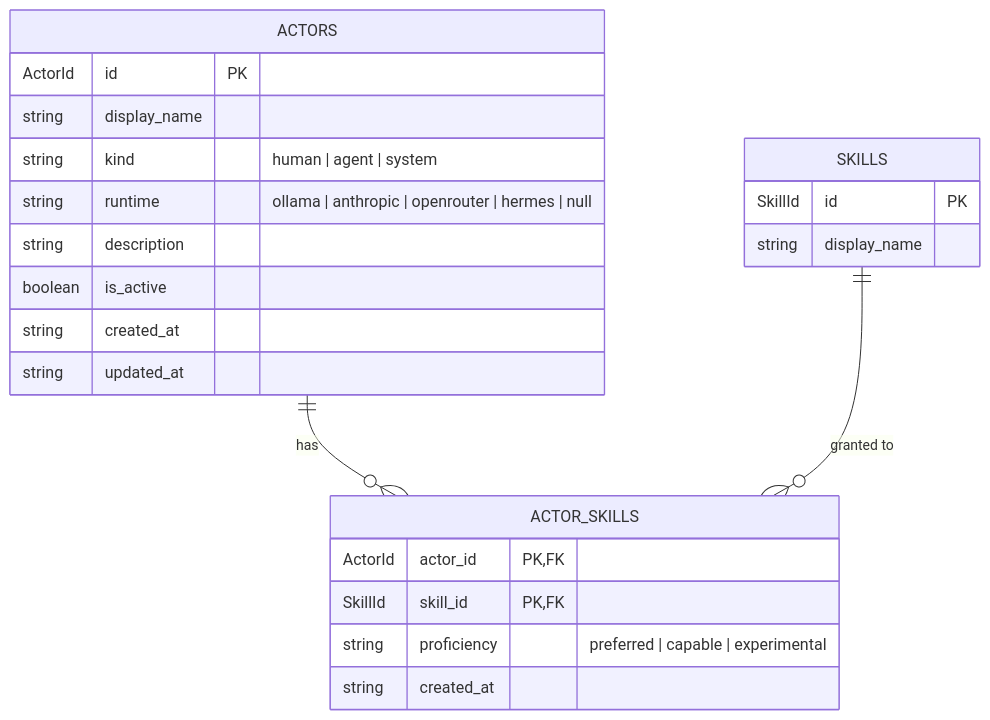
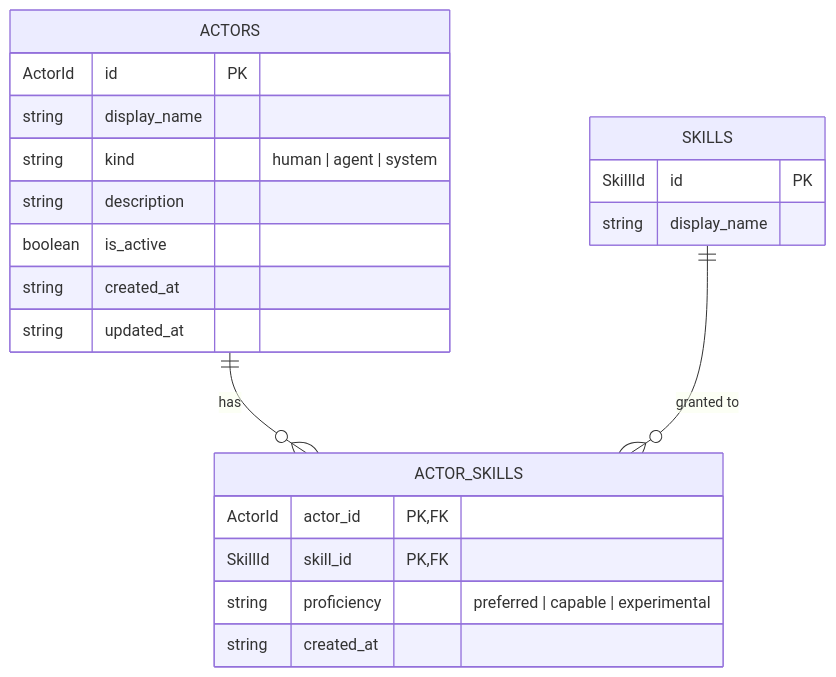
The diagram in src/app/domain/actors/README.md (marvinbarretto/jimbo-dashboard), drawn with Mermaid before and after one commit. The commit also changed other lines of this file and 13 other files, not shown here.

````diff
--- a/src/app/domain/actors/README.md
+++ b/src/app/domain/actors/README.md
@@ -42,26 +43,25 @@
 ```mermaid
 erDiagram
     ACTORS ||--o{ ACTOR_SKILLS : "has"
     SKILLS ||--o{ ACTOR_SKILLS : "granted to"
 
     ACTORS {
         ActorId id PK
         string display_name
         string kind "human | agent | system"
-        string runtime "ollama | anthropic | openrouter | hermes | null"
         string description
         boolean is_active
         string created_at
         string updated_at
     }
     ACTOR_SKILLS {
         ActorId actor_id PK,FK
         SkillId skill_id PK,FK
         string proficiency "preferred | capable | experimental"
         string created_at
     }
     SKILLS {
         SkillId id PK
         string display_name
     }
 ```
````
